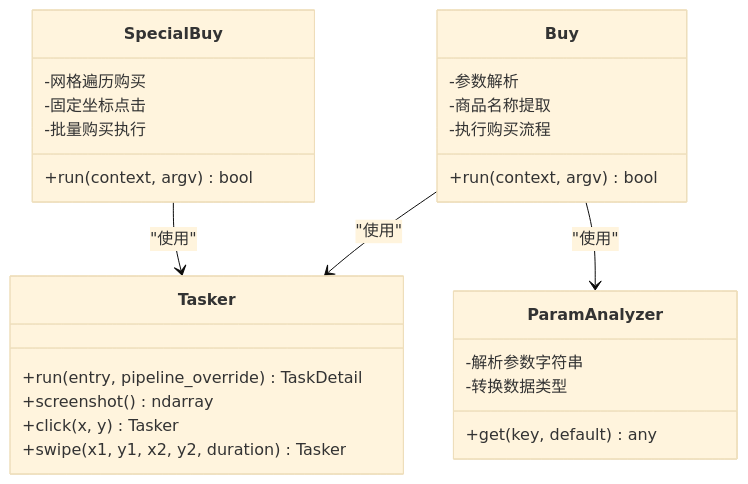
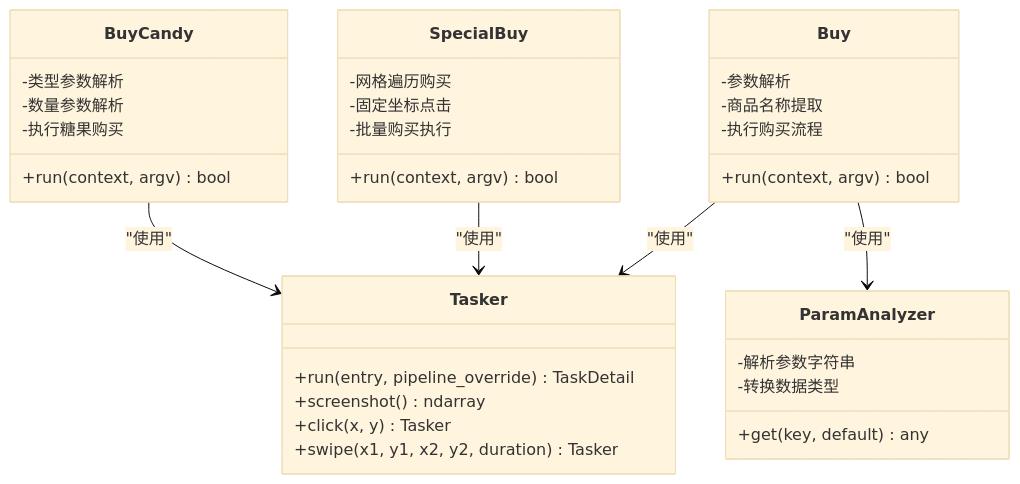
One commit to kqcoxn/MaaDuDuL changed the third of 13 diagrams in .qoder/repowiki/zh/content/核心功能详解/日常任务功能/每日采购功能.md. Above: the diagram before and after it, drawn with Mermaid (base theme). The commit also changed other lines of this file and 9 other files, not shown here.

````diff
--- a/.qoder/repowiki/zh/content/核心功能详解/日常任务功能/每日采购功能.md
+++ b/.qoder/repowiki/zh/content/核心功能详解/日常任务功能/每日采购功能.md
@@ -174,29 +198,36 @@
 ```mermaid
 classDiagram
 class Buy {
 +run(context, argv) bool
 -参数解析
 -商品名称提取
 -执行购买流程
 }
 class SpecialBuy {
 +run(context, argv) bool
 -网格遍历购买
 -固定坐标点击
 -批量购买执行
 }
+class BuyCandy {
++run(context, argv) bool
+-类型参数解析
+-数量参数解析
+-执行糖果购买
+}
 class Tasker {
 +run(entry, pipeline_override) TaskDetail
 +screenshot() ndarray
 +click(x, y) Tasker
 +swipe(x1, y1, x2, y2, duration) Tasker
 }
 class ParamAnalyzer {
 +get(key, default) any
 -解析参数字符串
 -转换数据类型
 }
 Buy --> Tasker : "使用"
 SpecialBuy --> Tasker : "使用"
+BuyCandy --> Tasker : "使用"
 Buy --> ParamAnalyzer : "使用"
 ```
````
